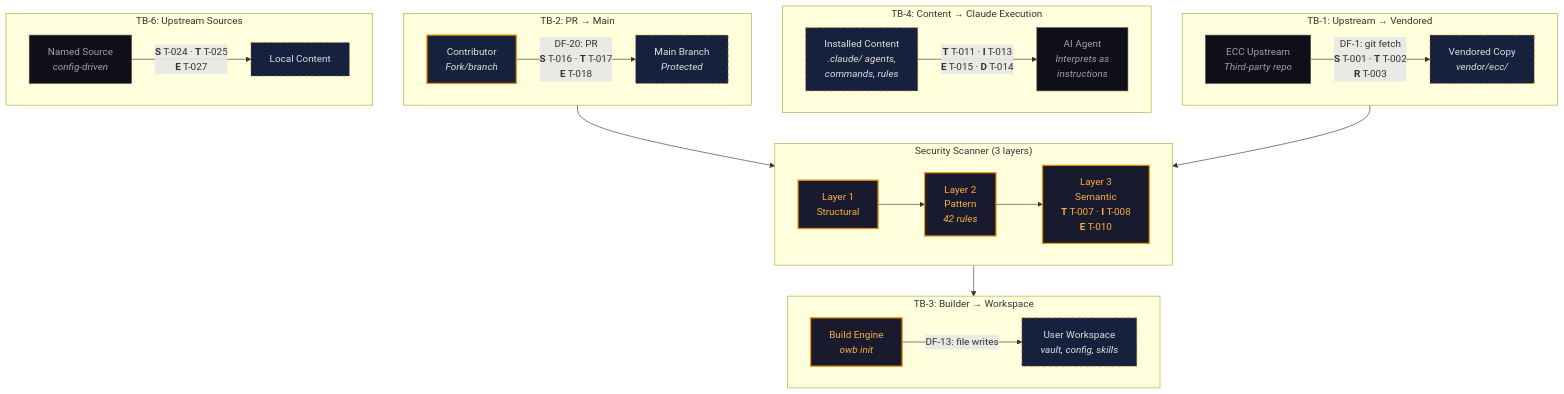
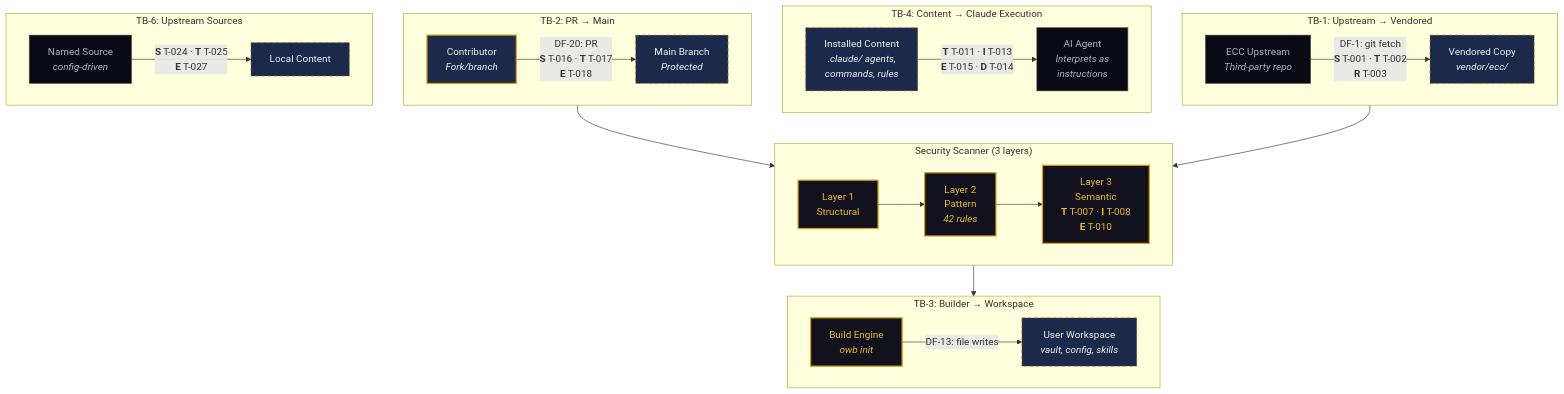
One commit to originalrgsec/open-workspace-builder changed the diagram in docs/threat-model.md. Above: the diagram before and after it, drawn with Mermaid. The commit also changed 19 other files, not shown here.

````diff
--- a/docs/threat-model.md
+++ b/docs/threat-model.md
@@ -46,53 +46,53 @@
 ```mermaid
 graph TD
     subgraph TB1 ["TB-1: Upstream → Vendored"]
         direction LR
         ECC["ECC Upstream<br/><i>Third-party repo</i>"]:::external
         Vendor["Vendored Copy<br/><i>vendor/ecc/</i>"]:::store
         ECC -->|"DF-1: git fetch<br/><b>S</b> T-001 · <b>T</b> T-002<br/><b>R</b> T-003"| Vendor
     end
 
     subgraph TB4 ["TB-4: Content → Claude Execution"]
         direction LR
         Installed["Installed Content<br/><i>.claude/ agents,<br/>commands, rules</i>"]:::store
         Claude["AI Agent<br/><i>Interprets as<br/>instructions</i>"]:::external
         Installed -->|"<b>T</b> T-011 · <b>I</b> T-013<br/><b>E</b> T-015 · <b>D</b> T-014"| Claude
     end
 
     subgraph TB3 ["TB-3: Builder → Workspace"]
         direction LR
         Builder["Build Engine<br/><i>owb init</i>"]:::process
         Workspace["User Workspace<br/><i>vault, config, skills</i>"]:::store
         Builder -->|"DF-13: file writes"| Workspace
     end
 
     subgraph Scanner ["Security Scanner (3 layers)"]
         L1["Layer 1<br/>Structural"]:::process
         L2["Layer 2<br/>Pattern<br/><i>42 rules</i>"]:::process
         L3["Layer 3<br/>Semantic<br/><b>T</b> T-007 · <b>I</b> T-008<br/><b>E</b> T-010"]:::process
         L1 --> L2 --> L3
     end
 
     subgraph TB2 ["TB-2: PR → Main"]
         direction LR
         Contributor["Contributor<br/><i>Fork/branch</i>"]:::actor
         Main["Main Branch<br/><i>Protected</i>"]:::store
         Contributor -->|"DF-20: PR<br/><b>S</b> T-016 · <b>T</b> T-017<br/><b>E</b> T-018"| Main
     end
 
     subgraph Sources ["TB-6: Upstream Sources"]
         direction LR
         Source["Named Source<br/><i>config-driven</i>"]:::external
         Local["Local Content"]:::store
         Source -->|"<b>S</b> T-024 · <b>T</b> T-025<br/><b>E</b> T-027"| Local
     end
 
     Vendor --> Scanner
     Scanner --> Builder
     Main --> Scanner
 
-    classDef external fill:#0F0F1A,color:#A0A0B0,stroke:#555,stroke-width:1px
-    classDef store fill:#16213E,color:#E0E0E0,stroke:#B87308,stroke-width:1px,stroke-dasharray:5 5
-    classDef process fill:#1A1A2E,color:#F5B041,stroke:#E8920D,stroke-width:2px
-    classDef actor fill:#16213E,color:#E0E0E0,stroke:#E8920D,stroke-width:2px
+    classDef external fill:#0A0A14,color:#B0B0C0,stroke:#555,stroke-width:1px
+    classDef store fill:#1B2A4A,color:#F0F0F0,stroke:#B87308,stroke-width:1px,stroke-dasharray:5 5
+    classDef process fill:#12121E,color:#E8B830,stroke:#D4A017,stroke-width:2px
+    classDef actor fill:#1B2A4A,color:#F0F0F0,stroke:#D4A017,stroke-width:2px
 ```
````
